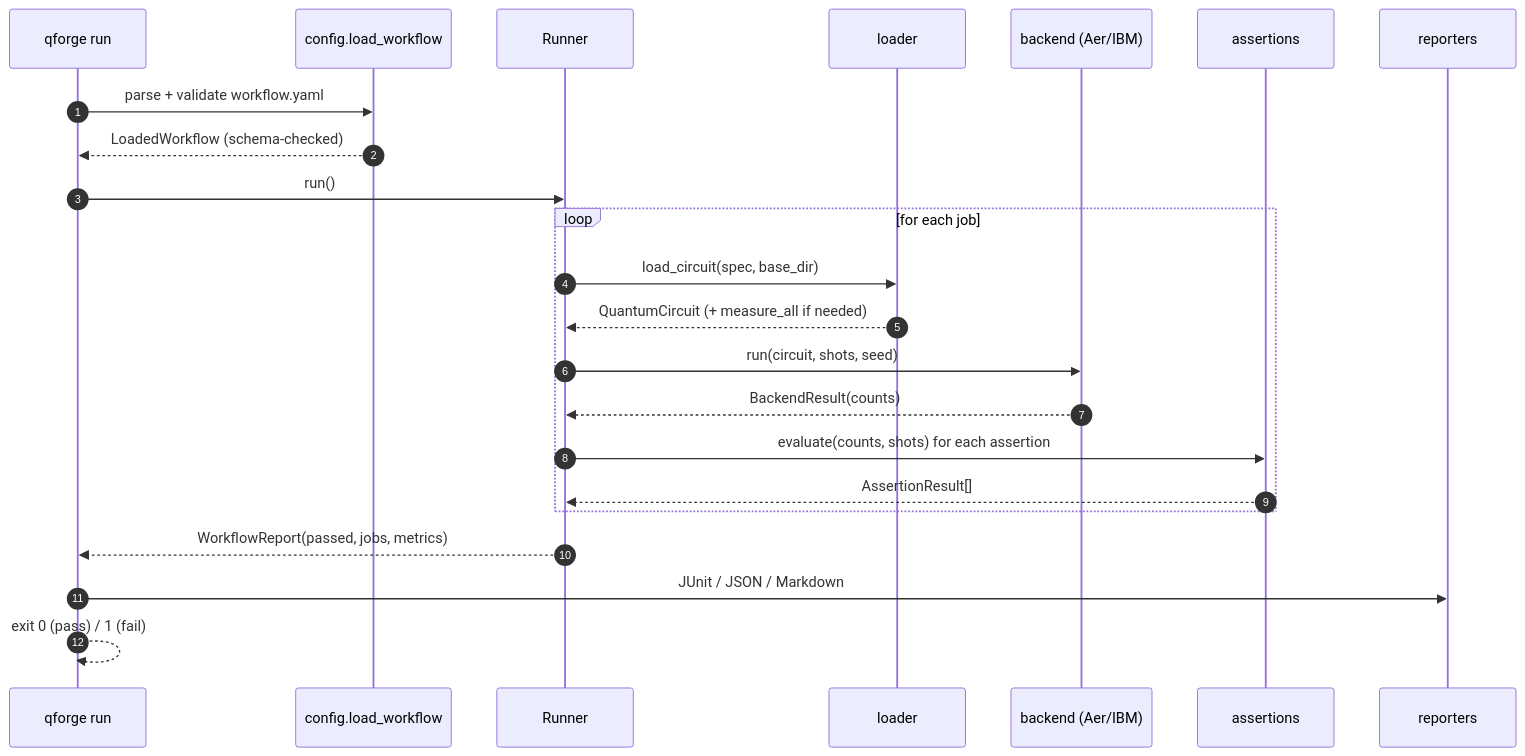
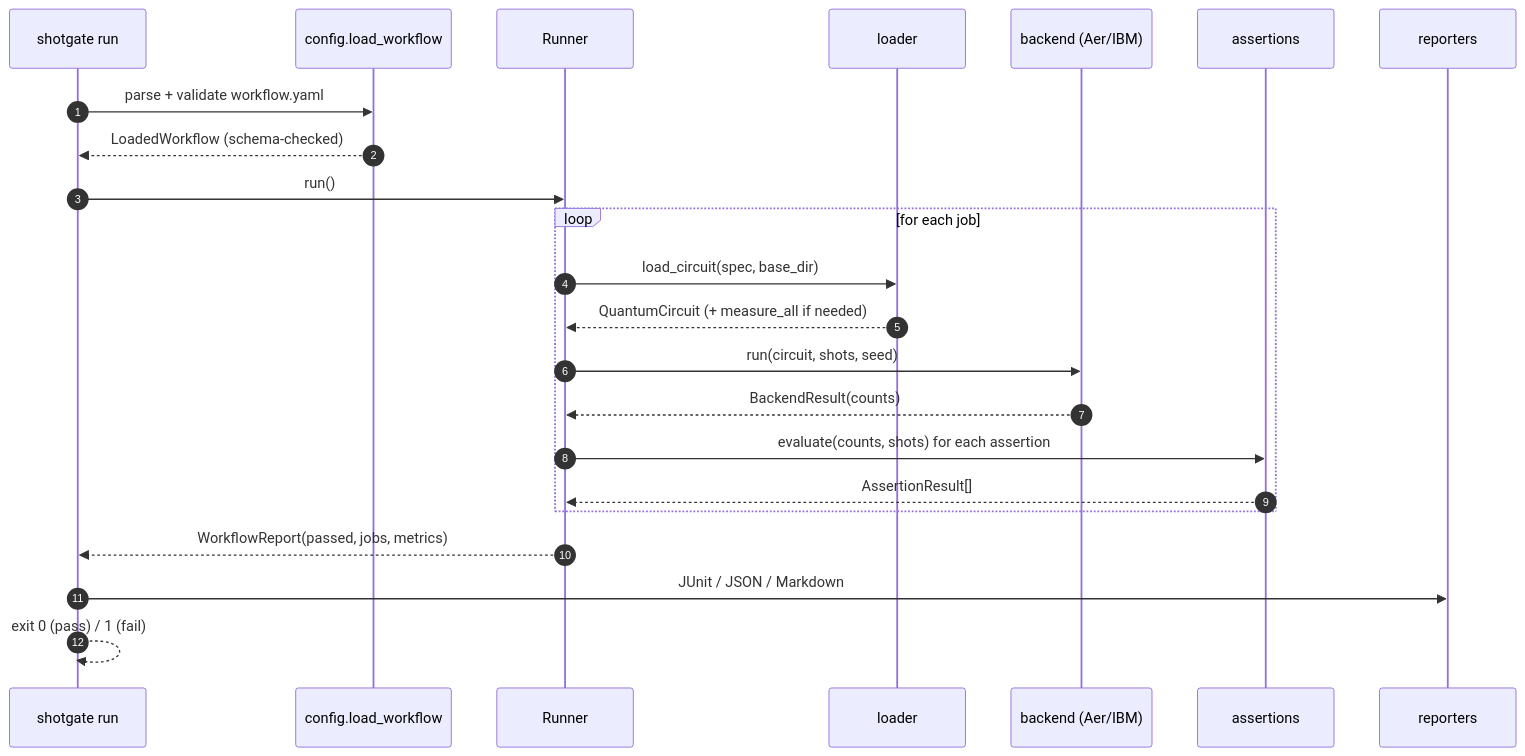
The second of 3 diagrams in docs/architecture.md (coldqubit/shotgate), drawn with Mermaid before and after one commit. The commit also changed other lines of this file and 66 other files, not shown here.

````diff
--- a/docs/architecture.md
+++ b/docs/architecture.md
@@ -72,26 +72,26 @@
 ```mermaid
 sequenceDiagram
     autonumber
-    participant CLI as qforge run
+    participant CLI as shotgate run
     participant Cfg as config.load_workflow
     participant Run as Runner
     participant Ld as loader
     participant Be as backend (Aer/IBM)
     participant As as assertions
     participant Rep as reporters
 
     CLI->>Cfg: parse + validate workflow.yaml
     Cfg-->>CLI: LoadedWorkflow (schema-checked)
     CLI->>Run: run()
     loop for each job
         Run->>Ld: load_circuit(spec, base_dir)
         Ld-->>Run: QuantumCircuit (+ measure_all if needed)
         Run->>Be: run(circuit, shots, seed)
         Be-->>Run: BackendResult(counts)
         Run->>As: evaluate(counts, shots) for each assertion
         As-->>Run: AssertionResult[]
     end
     Run-->>CLI: WorkflowReport(passed, jobs, metrics)
     CLI->>Rep: JUnit / JSON / Markdown
     CLI-->>CLI: exit 0 (pass) / 1 (fail)
 ```
````
